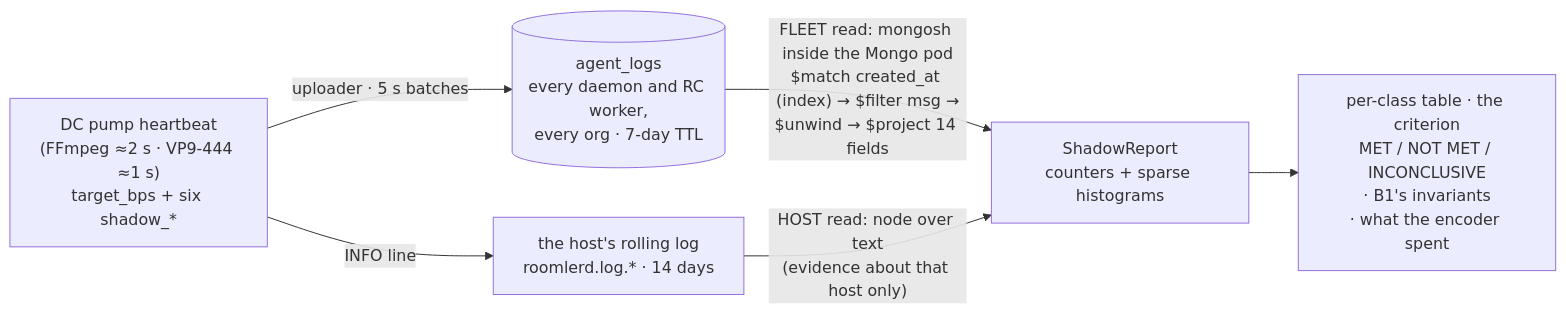
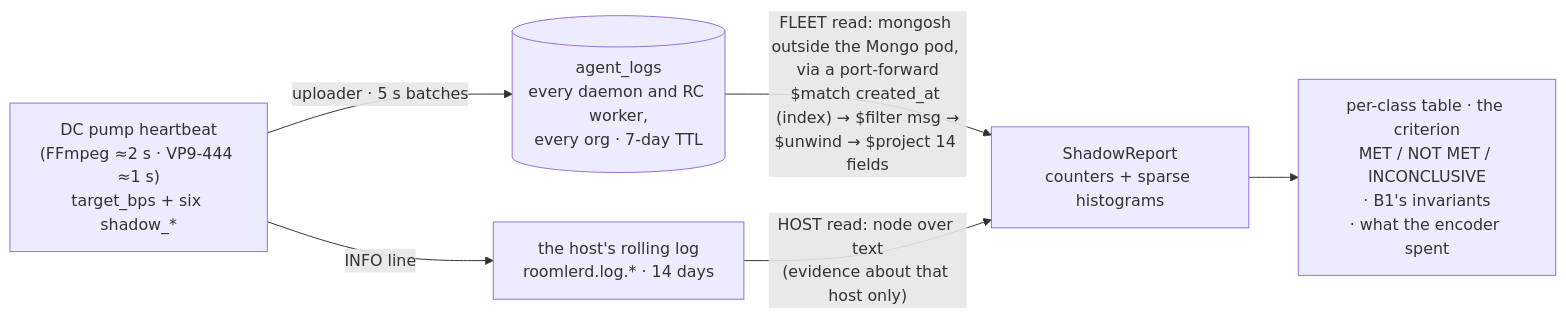
One commit to gjovanov/roomler-ai changed the eighth of 10 diagrams in docs/rate-control.md. Above: the diagram before and after it, drawn with Mermaid. The commit also changed other lines of this file and 16 other files, not shown here.

````diff
--- a/docs/rate-control.md
+++ b/docs/rate-control.md
@@ -1076,8 +1076,8 @@
 ```mermaid
 flowchart LR
     HB["DC pump heartbeat<br/>(FFmpeg ≈2 s · VP9-444 ≈1 s)<br/>target_bps + six shadow_*"] -->|"INFO line"| DISK["the host's rolling log<br/>roomlerd.log.* · 14 days"]
     HB -->|"uploader · 5 s batches"| AL[("agent_logs<br/>every daemon and RC worker,<br/>every org · 7-day TTL")]
-    AL -->|"FLEET read: mongosh inside the Mongo pod<br/>$match created_at (index) → $filter msg →<br/>$unwind → $project 14 fields"| CORE["ShadowReport<br/>counters + sparse histograms"]
+    AL -->|"FLEET read: mongosh outside the Mongo pod, via a port-forward<br/>$match created_at (index) → $filter msg →<br/>$unwind → $project 14 fields"| CORE["ShadowReport<br/>counters + sparse histograms"]
     DISK -->|"HOST read: node over text<br/>(evidence about that host only)"| CORE
     CORE --> OUT["per-class table · the criterion<br/>MET / NOT MET / INCONCLUSIVE<br/>· B1's invariants<br/>· what the encoder spent"]
 ```
````
